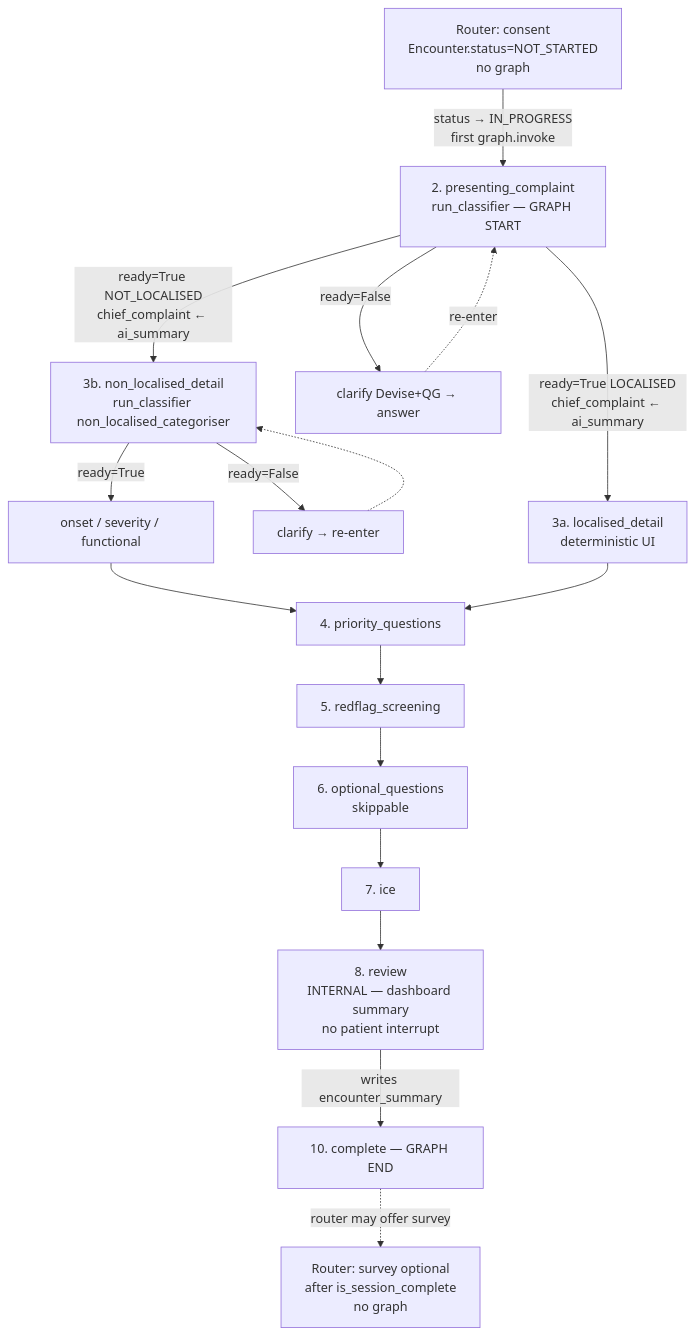
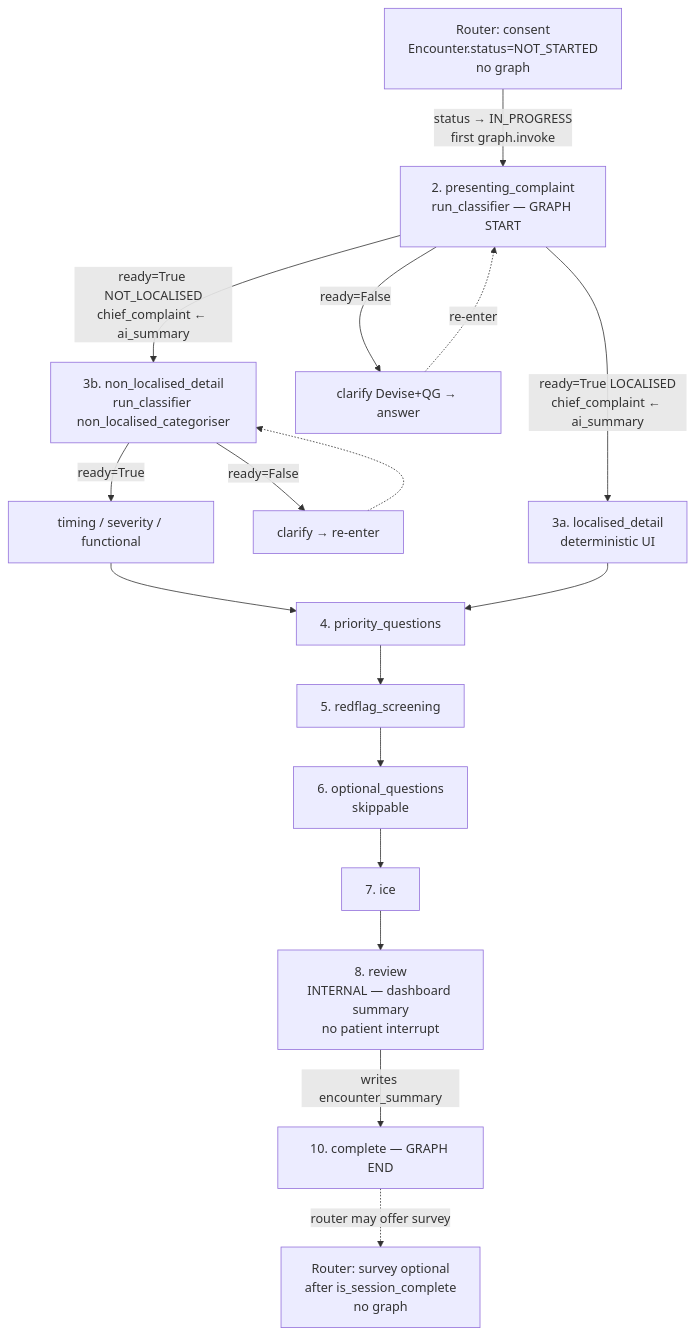
One commit to Align-Health-Tech/Align-Main changed the diagram in docs/structures/USERFLOW.md. Above: the diagram before and after it, drawn with Mermaid. The commit also changed other lines of this file and 23 other files, not shown here.

````diff
--- a/docs/structures/USERFLOW.md
+++ b/docs/structures/USERFLOW.md
@@ -1,31 +1,31 @@
 ```mermaid
 flowchart TD
     R0[Router: consent<br/>Encounter.status=NOT_STARTED<br/>no graph]
     A2[2. presenting_complaint<br/>run_classifier — GRAPH START]
     A3a[3a. localised_detail<br/>deterministic UI]
     A3b[3b. non_localised_detail<br/>run_classifier non_localised_categoriser]
     A4[4. priority_questions]
     A5[5. redflag_screening]
     A6[6. optional_questions<br/>skippable]
     A7[7. ice]
     A8[8. review<br/>INTERNAL — dashboard summary<br/>no patient interrupt]
     A10[10. complete — GRAPH END]
     R9[Router: survey optional<br/>after is_session_complete<br/>no graph]
 
     R0 -->|status → IN_PROGRESS<br/>first graph.invoke| A2
 
     A2 -->|ready=False| B1[clarify Devise+QG → answer]
     B1 -.->|re-enter| A2
     A2 -->|ready=True LOCALISED<br/>chief_complaint ← ai_summary| A3a
     A2 -->|ready=True NOT_LOCALISED<br/>chief_complaint ← ai_summary| A3b
 
     A3b -->|ready=False| B2[clarify → re-enter]
     B2 -.-> A3b
-    A3b -->|ready=True| B3[onset / severity / functional]
+    A3b -->|ready=True| B3[timing / severity / functional]
     B3 --> A4
     A3a --> A4
 
     A4 --> A5 --> A6 --> A7 --> A8
     A8 -->|writes encounter_summary| A10
     A10 -.->|router may offer survey| R9
 ```
````
